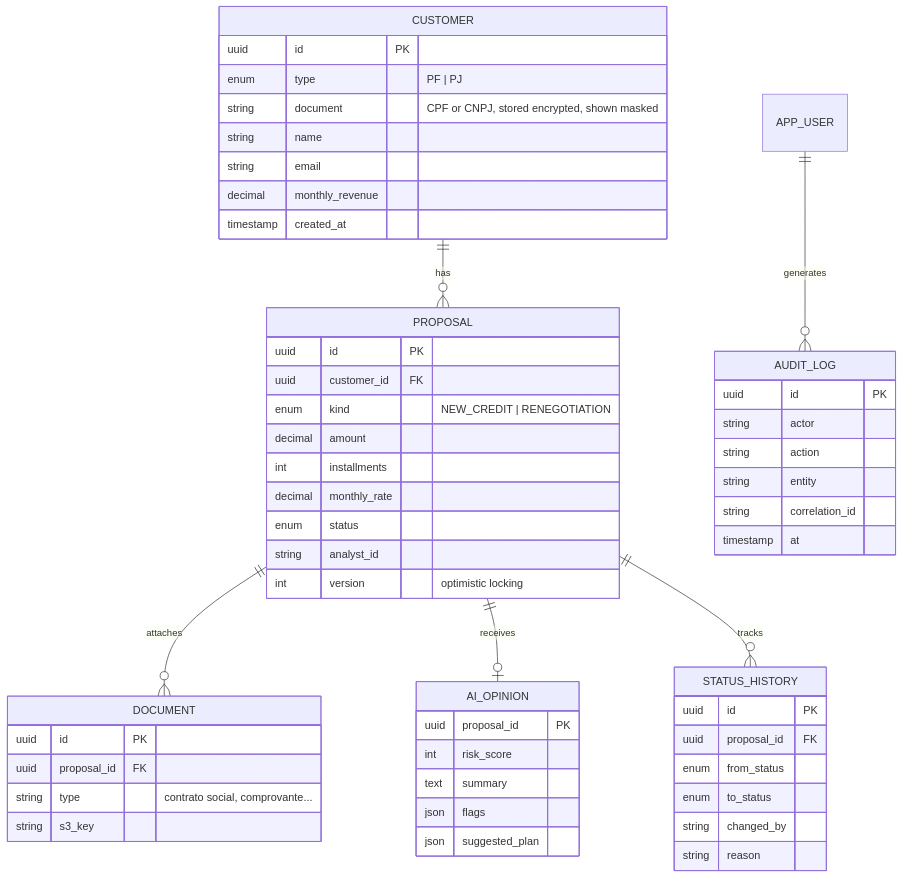
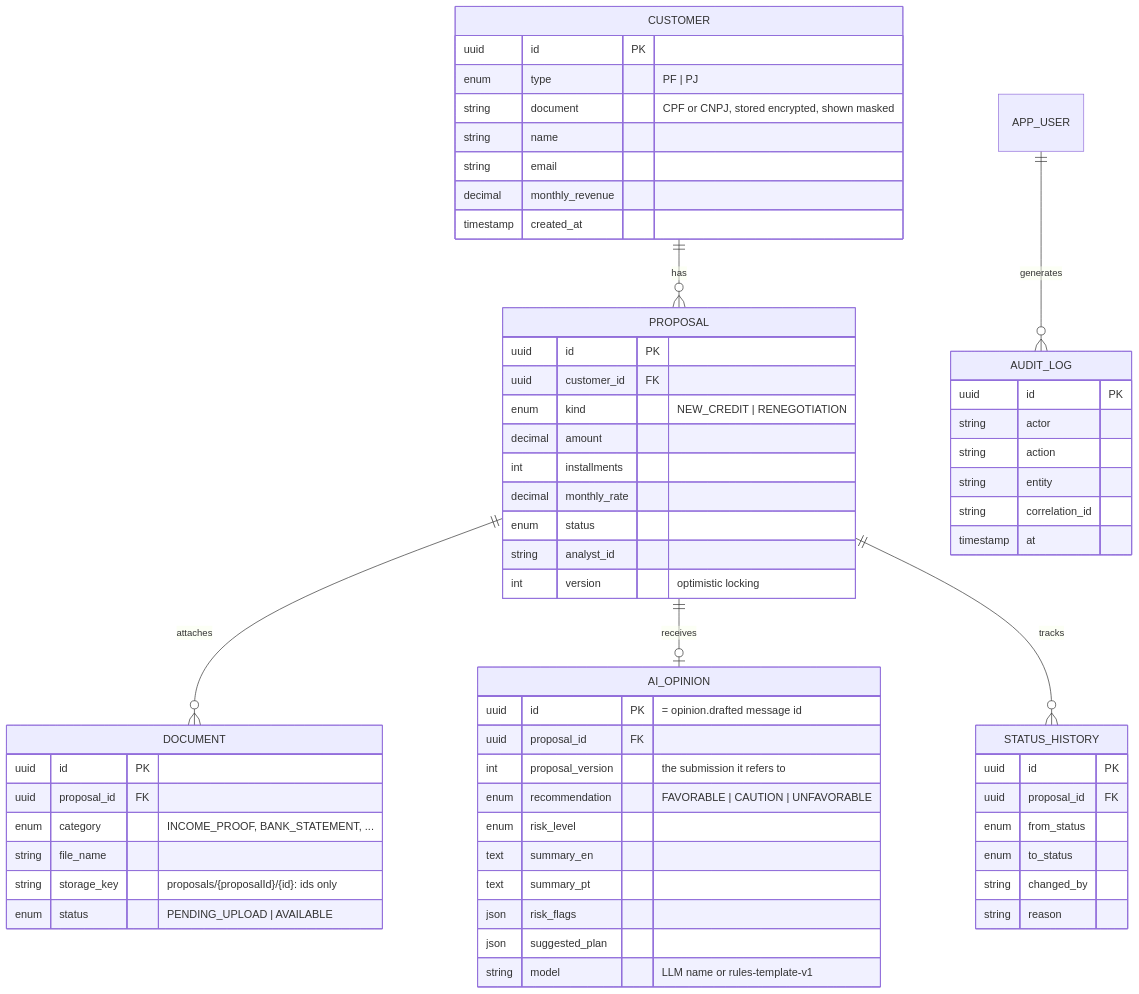
One commit to vanilds/vanilds.github.io changed the fourth of 8 diagrams in README.md. Above: the diagram before and after it, drawn with Mermaid. The commit also changed other lines of this file and 88 other files, not shown here.

````diff
--- a/README.md
+++ b/README.md
@@ -164,58 +165,65 @@
 ```mermaid
 erDiagram
     CUSTOMER ||--o{ PROPOSAL : has
     PROPOSAL ||--o{ DOCUMENT : attaches
     PROPOSAL ||--o| AI_OPINION : receives
     PROPOSAL ||--o{ STATUS_HISTORY : tracks
     APP_USER ||--o{ AUDIT_LOG : generates
 
     CUSTOMER {
         uuid id PK
         enum type "PF | PJ"
         string document "CPF or CNPJ, stored encrypted, shown masked"
         string name
         string email
         decimal monthly_revenue
         timestamp created_at
     }
     PROPOSAL {
         uuid id PK
         uuid customer_id FK
         enum kind "NEW_CREDIT | RENEGOTIATION"
         decimal amount
         int installments
         decimal monthly_rate
         enum status
         string analyst_id
         int version "optimistic locking"
     }
     DOCUMENT {
         uuid id PK
         uuid proposal_id FK
-        string type "contrato social, comprovante..."
-        string s3_key
+        enum category "INCOME_PROOF, BANK_STATEMENT, ..."
+        string file_name
+        string storage_key "proposals/{proposalId}/{id}: ids only"
+        enum status "PENDING_UPLOAD | AVAILABLE"
     }
     AI_OPINION {
-        uuid proposal_id PK
-        int risk_score
-        text summary
-        json flags
+        uuid id PK "= opinion.drafted message id"
+        uuid proposal_id FK
+        int proposal_version "the submission it refers to"
+        enum recommendation "FAVORABLE | CAUTION | UNFAVORABLE"
+        enum risk_level
+        text summary_en
+        text summary_pt
+        json risk_flags
         json suggested_plan
+        string model "LLM name or rules-template-v1"
     }
     STATUS_HISTORY {
         uuid id PK
         uuid proposal_id FK
         enum from_status
         enum to_status
         string changed_by
         string reason
     }
     AUDIT_LOG {
         uuid id PK
         string actor
         string action
         string entity
         string correlation_id
         timestamp at
     }
 ```
````
